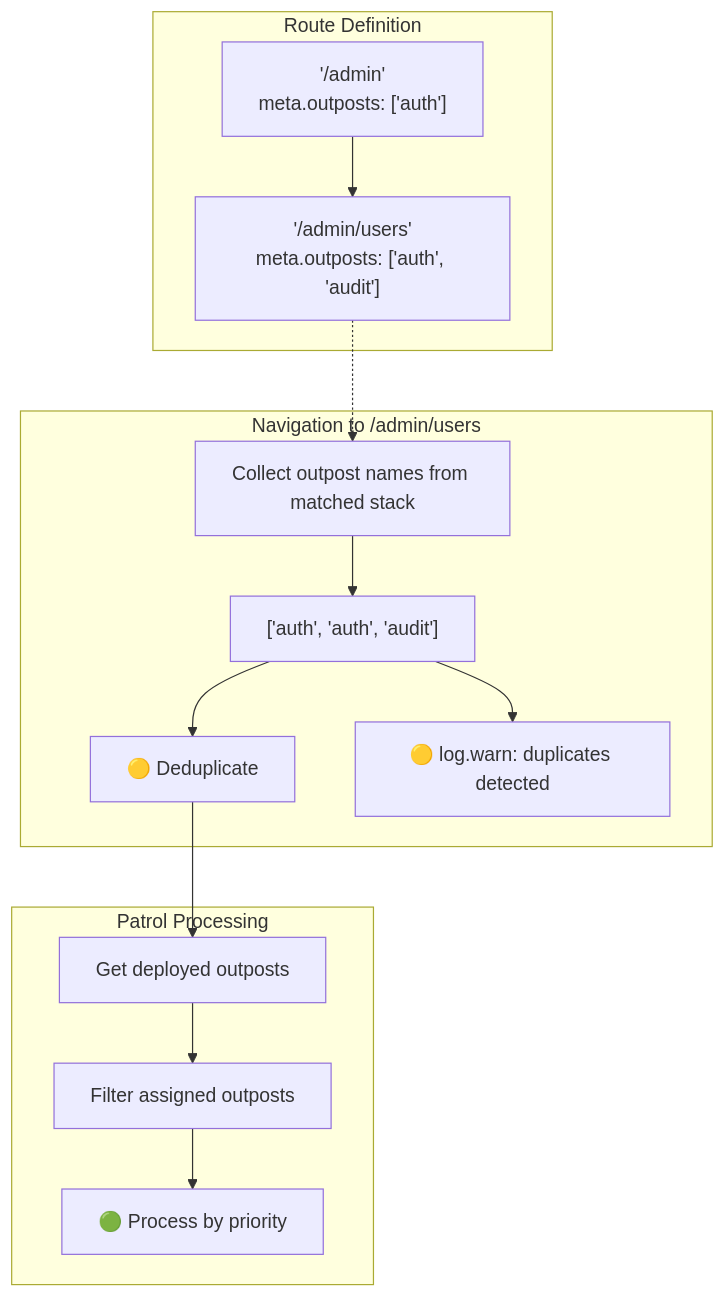
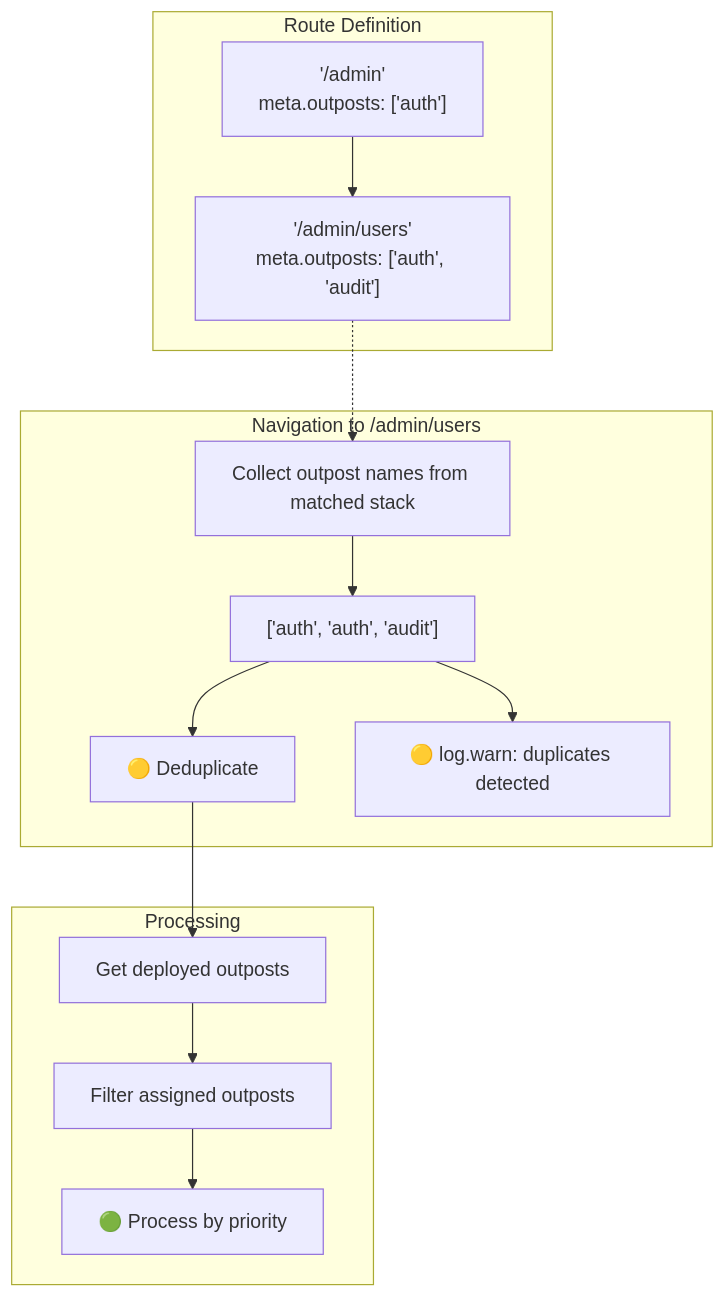
Before and after one commit to Kassaila/vue-router-citadel: the third of 8 diagrams in docs/internals.md, drawn with Mermaid. The commit also changed other lines of this file and 9 other files, not shown here.

````diff
--- a/docs/internals.md
+++ b/docs/internals.md
@@ -140,29 +140,29 @@
 ```mermaid
 flowchart TD
     subgraph Routes["Route Definition"]
         A["'/admin'<br/>meta.outposts: ['auth']"]
         B["'/admin/users'<br/>meta.outposts: ['auth', 'audit']"]
         A --> B
     end
 
     subgraph Collection["Navigation to /admin/users"]
         C["Collect outpost names from matched stack"]
         D["['auth', 'auth', 'audit']"]
         E["🟡 Deduplicate"]
         F["🟡 log.warn: duplicates detected"]
     end
 
-    subgraph Execution["Patrol Processing"]
+    subgraph Execution["Processing"]
         G["Get deployed outposts"]
         H["Filter assigned outposts"]
         I["🟢 Process by priority"]
     end
 
     B -.-> C
     C --> D
     D --> E
     D --> F
     E --> G
     G --> H
     H --> I
 ```
````
